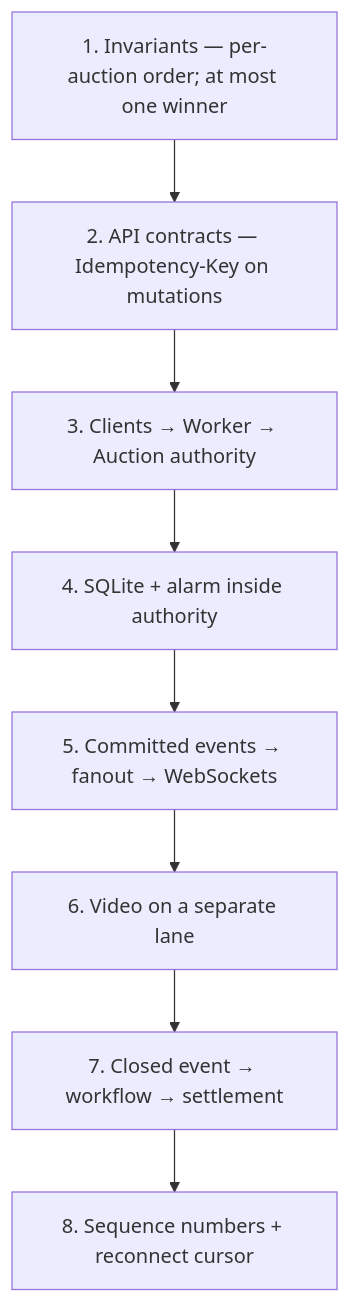
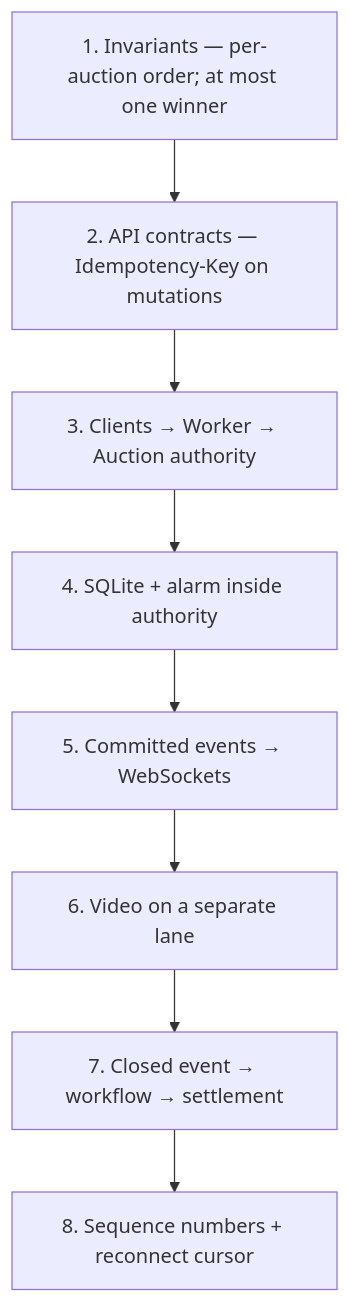
The eighth of 12 diagrams in SYSTEM_DESIGN.md (aranlucas/live-auction), drawn with Mermaid before and after one commit. The commit also changed other lines of this file and 8 other files, not shown here.

````diff
--- a/SYSTEM_DESIGN.md
+++ b/SYSTEM_DESIGN.md
@@ -419,13 +420,13 @@
 ```mermaid
 flowchart TD
     A["1. Invariants — per-auction order; at most one winner"]
     B["2. API contracts — Idempotency-Key on mutations"]
     C["3. Clients → Worker → Auction authority"]
     D["4. SQLite + alarm inside authority"]
-    E["5. Committed events → fanout → WebSockets"]
+    E["5. Committed events → WebSockets"]
     F["6. Video on a separate lane"]
     G["7. Closed event → workflow → settlement"]
     H["8. Sequence numbers + reconnect cursor"]
 
     A --> B --> C --> D --> E --> F --> G --> H
 ```
````
